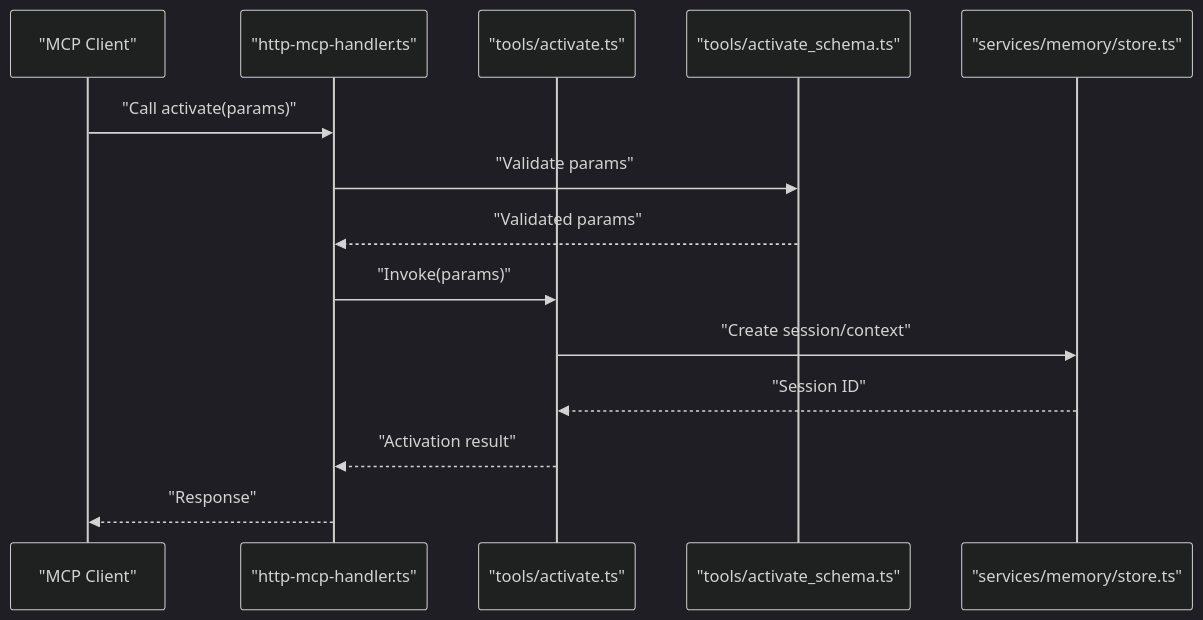
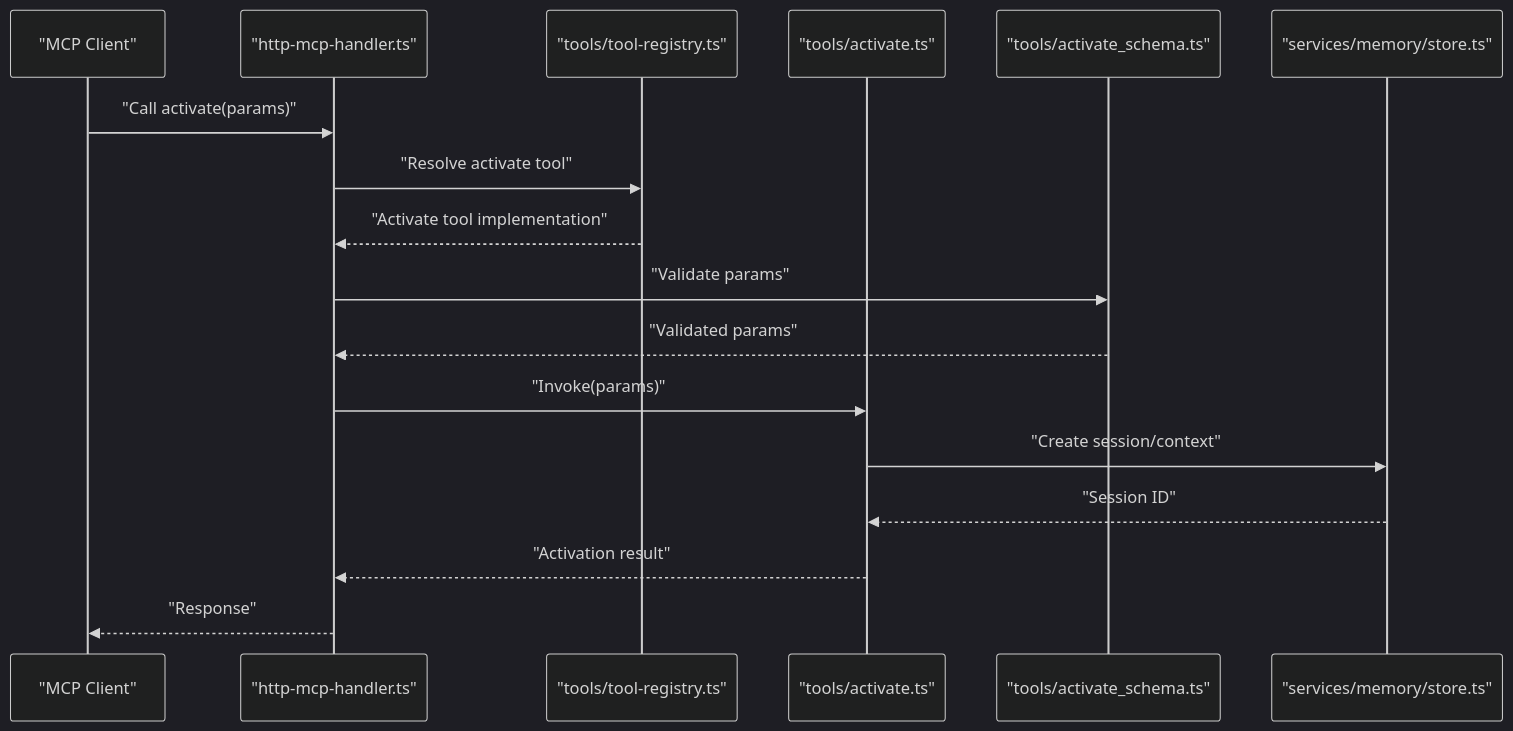
The sixth of 14 diagrams in .qoder/repowiki/en/content/Project Overview/Core Concepts/Tool Development and Registry.md (debian777/kairos-mcp), drawn with Mermaid (dark theme) before and after one commit. The commit also changed other lines of this file and 7 other files, not shown here.

````diff
--- a/.qoder/repowiki/en/content/Project Overview/Core Concepts/Tool Development and Registry.md
+++ b/.qoder/repowiki/en/content/Project Overview/Core Concepts/Tool Development and Registry.md
@@ -309,16 +397,19 @@
 ```mermaid
 sequenceDiagram
 participant Client as "MCP Client"
 participant Handler as "http-mcp-handler.ts"
+participant Registry as "tools/tool-registry.ts"
 participant Tool as "tools/activate.ts"
 participant Schema as "tools/activate_schema.ts"
 participant Store as "services/memory/store.ts"
 Client->>Handler : "Call activate(params)"
+Handler->>Registry : "Resolve activate tool"
+Registry-->>Handler : "Activate tool implementation"
 Handler->>Schema : "Validate params"
 Schema-->>Handler : "Validated params"
 Handler->>Tool : "Invoke(params)"
 Tool->>Store : "Create session/context"
 Store-->>Tool : "Session ID"
 Tool-->>Handler : "Activation result"
 Handler-->>Client : "Response"
 ```
````
